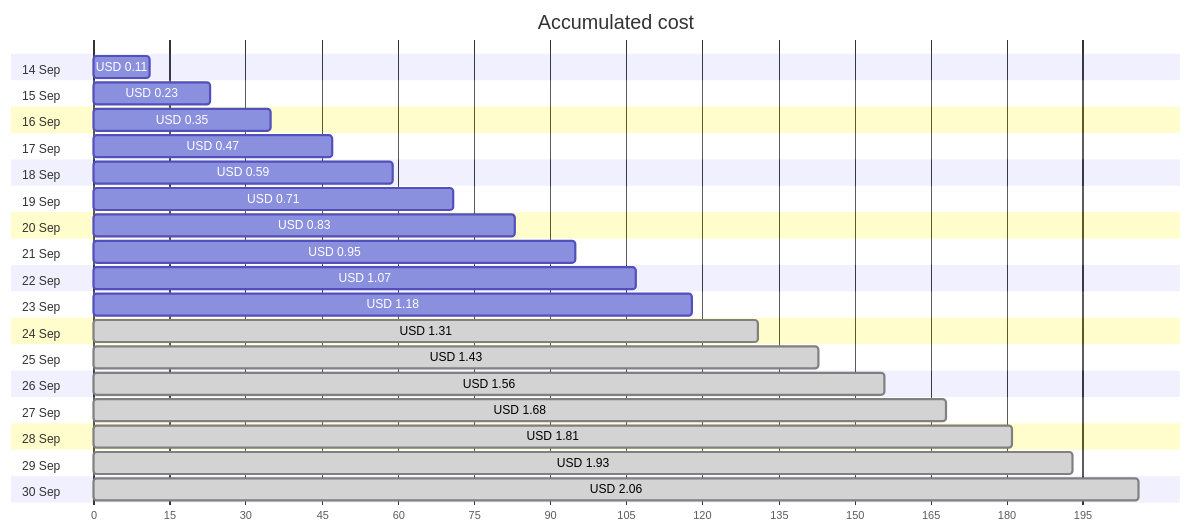
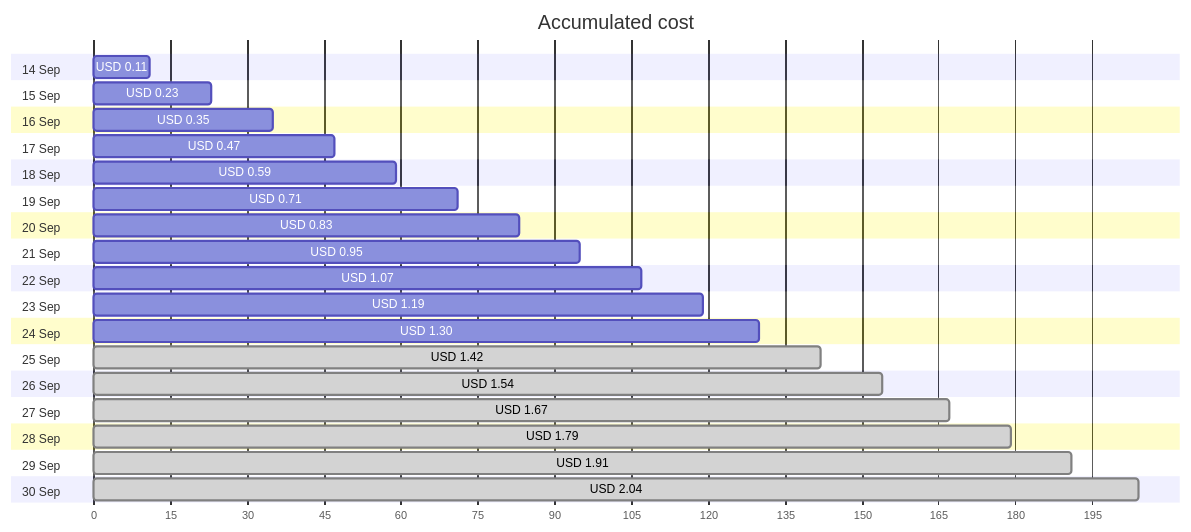
One commit to jpfulton/azure-personal-reports changed the first of 4 diagrams in cost-reports/personal-network/backup-server-public-ip.md. Above: the diagram before and after it, drawn with Mermaid. The commit also changed other lines of this file and 9 other files, not shown here.

````diff
--- a/cost-reports/personal-network/backup-server-public-ip.md
+++ b/cost-reports/personal-network/backup-server-public-ip.md
@@ -20,40 +20,40 @@
 ```mermaid
 gantt
    title Accumulated cost
    dateFormat  X
    axisFormat %s
    section 14 Sep
    USD 0.11 :0, 11
    section 15 Sep
    USD 0.23 :0, 23
    section 16 Sep
    USD 0.35 :0, 35
    section 17 Sep
    USD 0.47 :0, 47
    section 18 Sep
    USD 0.59 :0, 59
    section 19 Sep
    USD 0.71 :0, 71
    section 20 Sep
    USD 0.83 :0, 83
    section 21 Sep
    USD 0.95 :0, 95
    section 22 Sep
    USD 1.07 :0, 107
    section 23 Sep
-   USD 1.18 :0, 118
+   USD 1.19 :0, 119
    section 24 Sep
-   USD 1.31 : done, 0, 131
+   USD 1.30 :0, 130
    section 25 Sep
-   USD 1.43 : done, 0, 143
+   USD 1.42 : done, 0, 142
    section 26 Sep
-   USD 1.56 : done, 0, 156
+   USD 1.54 : done, 0, 154
    section 27 Sep
-   USD 1.68 : done, 0, 168
+   USD 1.67 : done, 0, 167
    section 28 Sep
-   USD 1.81 : done, 0, 181
+   USD 1.79 : done, 0, 179
    section 29 Sep
-   USD 1.93 : done, 0, 193
+   USD 1.91 : done, 0, 191
    section 30 Sep
-   USD 2.06 : done, 0, 206
+   USD 2.04 : done, 0, 204
 ```
````
